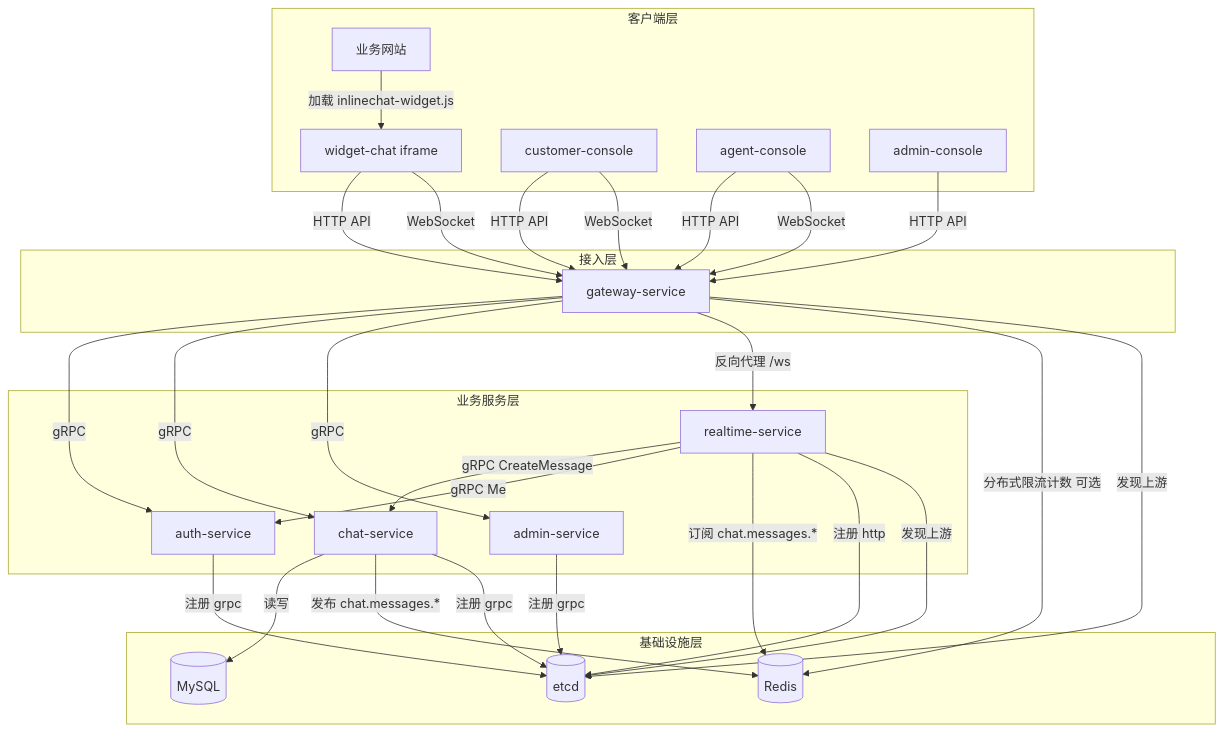
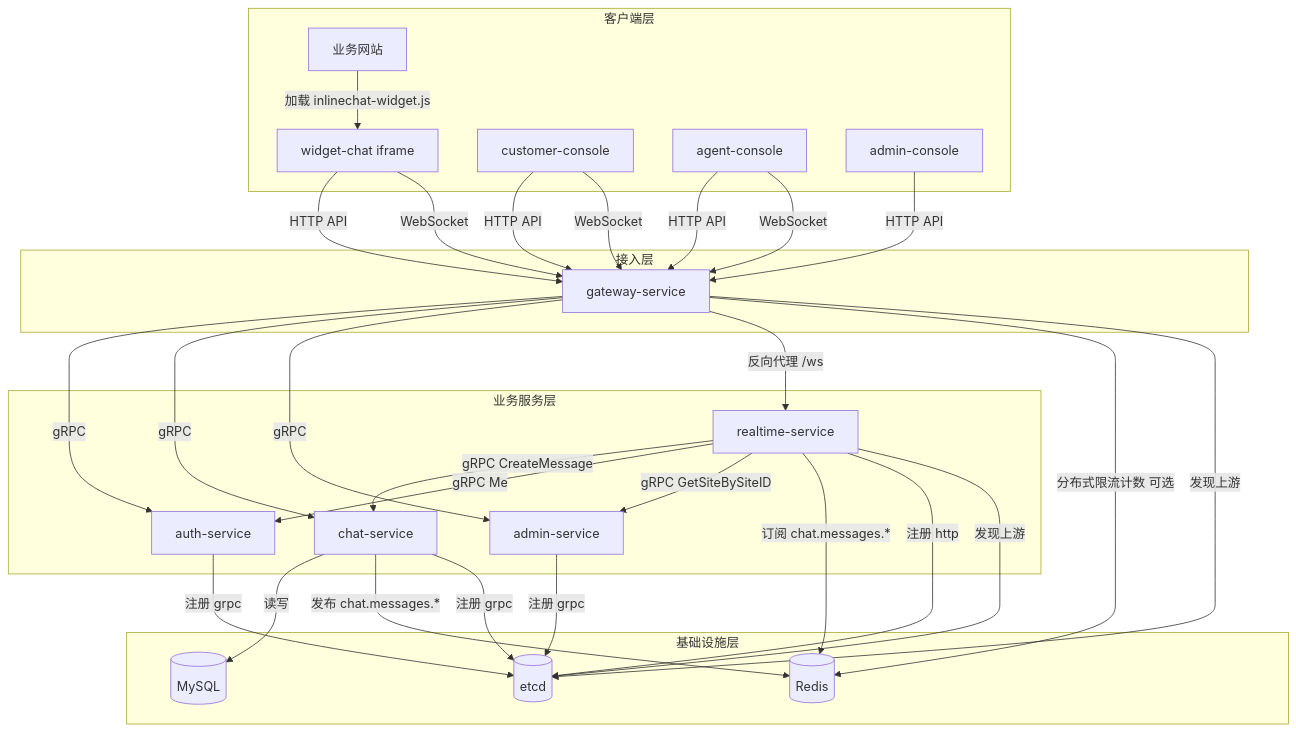
The first of 8 diagrams in docs/Mermaid.md (mituyang/InlineChat), drawn with Mermaid before and after one commit. The commit also changed other lines of this file and 13 other files, not shown here.

````diff
--- a/docs/Mermaid.md
+++ b/docs/Mermaid.md
@@ -4,58 +4,59 @@
 ```mermaid
 flowchart TB
   subgraph CLIENT[客户端层]
     HOST[业务网站]
     WIDGET[widget-chat iframe]
     CUSTOMER[customer-console]
     AGENT[agent-console]
     ADMIN[admin-console]
   end
 
   subgraph ACCESS[接入层]
     GW[gateway-service]
   end
 
   subgraph SERVICE[业务服务层]
     AUTH[auth-service]
     CHAT[chat-service]
     REALTIME[realtime-service]
     ADMINSVC[admin-service]
   end
 
   subgraph INFRA[基础设施层]
     MYSQL[(MySQL)]
     REDIS[(Redis)]
     ETCD[(etcd)]
   end
 
   HOST -->|加载 inlinechat-widget.js| WIDGET
 
   WIDGET -->|HTTP API| GW
   CUSTOMER -->|HTTP API| GW
   AGENT -->|HTTP API| GW
   ADMIN -->|HTTP API| GW
 
   WIDGET -->|WebSocket| GW
   CUSTOMER -->|WebSocket| GW
   AGENT -->|WebSocket| GW
 
   GW -->|gRPC| AUTH
   GW -->|gRPC| CHAT
   GW -->|gRPC| ADMINSVC
   GW -->|反向代理 /ws| REALTIME
 
   REALTIME -->|gRPC CreateMessage| CHAT
   REALTIME -->|gRPC Me| AUTH
+  REALTIME -->|gRPC GetSiteBySiteID| ADMINSVC
 
   CHAT -->|读写| MYSQL
   CHAT -->|发布 chat.messages.*| REDIS
   REALTIME -->|订阅 chat.messages.*| REDIS
   GW -->|分布式限流计数 可选| REDIS
 
   AUTH -->|注册 grpc| ETCD
   CHAT -->|注册 grpc| ETCD
   ADMINSVC -->|注册 grpc| ETCD
   REALTIME -->|注册 http| ETCD
   GW -->|发现上游| ETCD
   REALTIME -->|发现上游| ETCD
 ```
````
